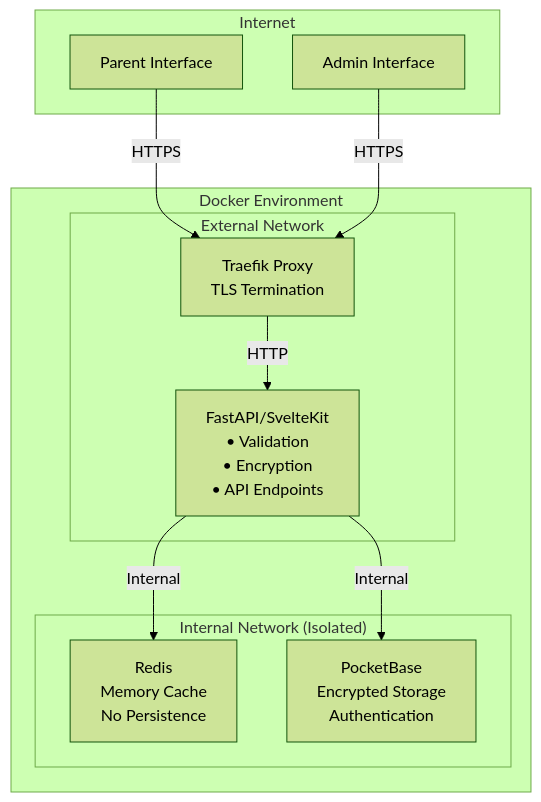
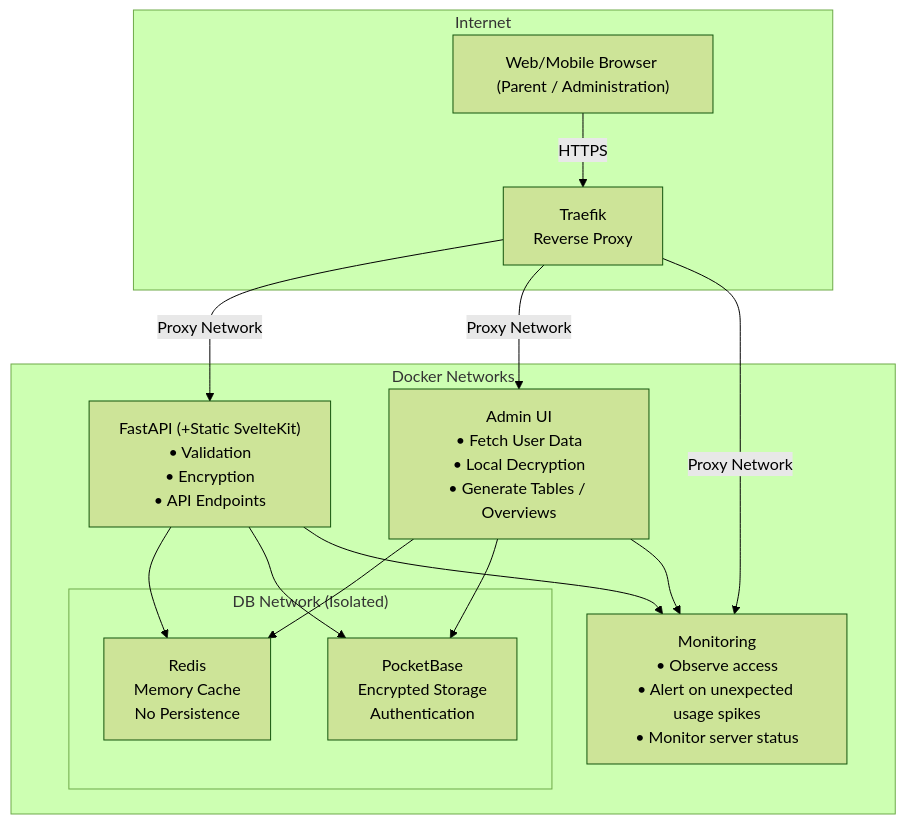
Before and after one commit to DomiDre/kigaprio: the first of 2 diagrams in ARCHITECTURE.md, drawn with Mermaid (forest theme). The commit also changed other lines of this file and 3 other files, not shown here.

````diff
--- a/ARCHITECTURE.md
+++ b/ARCHITECTURE.md
@@ -30,25 +31,28 @@
 ```mermaid
 graph TB
     subgraph Internet
-        Client["Parent Interface"]
-        Admin["Admin Interface"]
+        Client["Web/Mobile Browser (Parent / Administration)"]
+        Traefik["Traefik<br/>Reverse Proxy"]
     end
 
-    subgraph Docker["Docker Environment"]
-        subgraph ProxyNet["External Network"]
-            Traefik["Traefik Proxy<br/>TLS Termination"]
-            Backend["FastAPI/SvelteKit<br/>• Validation<br/>• Encryption<br/>• API Endpoints"]
-        end
-        
-        subgraph InternalNet["Internal Network (Isolated)"]
+    subgraph Docker["Docker Networks"]
+        Backend["FastAPI (+Static SvelteKit)<br/>• Validation<br/>• Encryption<br/>• API Endpoints"]
+        Admin["Admin UI<br/>• Fetch User Data<br/>• Local Decryption<br/>• Generate Tables / Overviews"]
+        Prometheus["Monitoring<br/>• Observe access<br/>• Alert on unexpected usage spikes<br/>• Monitor server status"]
+        subgraph InternalNet["DB Network (Isolated)"]
             Redis["Redis<br/>Memory Cache<br/>No Persistence"]
             PocketBase["PocketBase<br/>Encrypted Storage<br/>Authentication"]
         end
     end
 
     Client -->|HTTPS| Traefik
-    Admin -->|HTTPS| Traefik
-    Traefik -->|HTTP| Backend
-    Backend -->|Internal| Redis
-    Backend -->|Internal| PocketBase
+    Traefik -->|Proxy Network| Backend
+    Traefik -->|Proxy Network| Admin
+    Traefik -->|Proxy Network| Prometheus
+    Backend --> Redis
+    Backend --> PocketBase
+    Backend --> Prometheus
+    Admin --> Redis
+    Admin --> PocketBase
+    Admin --> Prometheus
 ```
````
